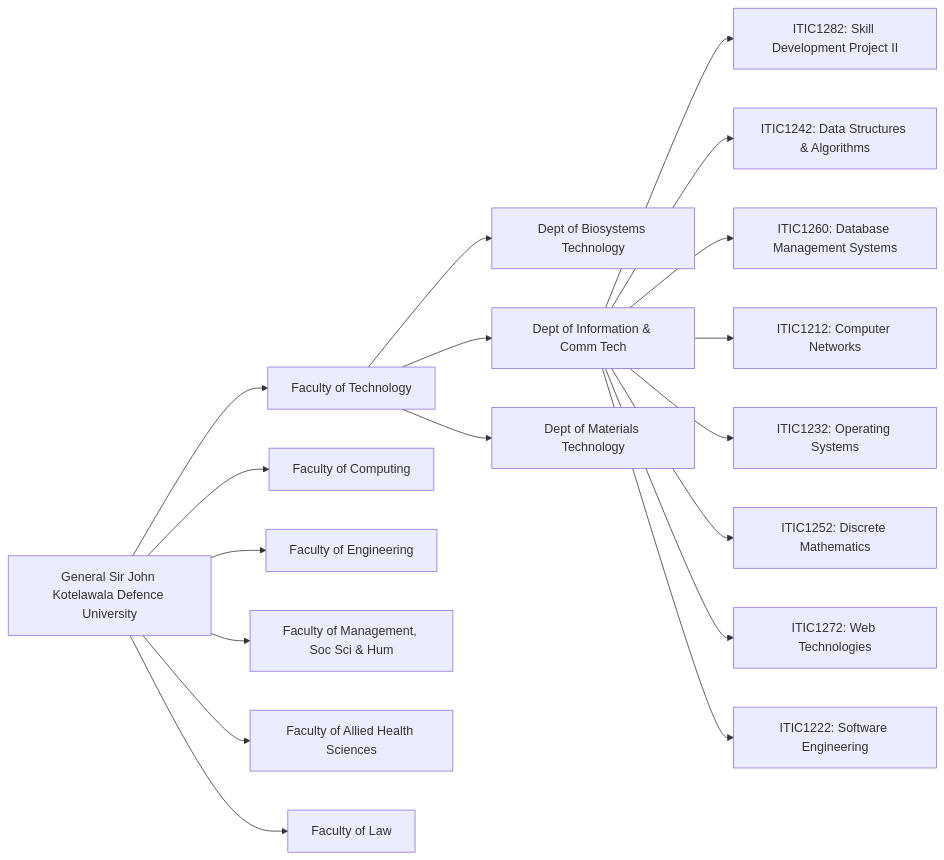
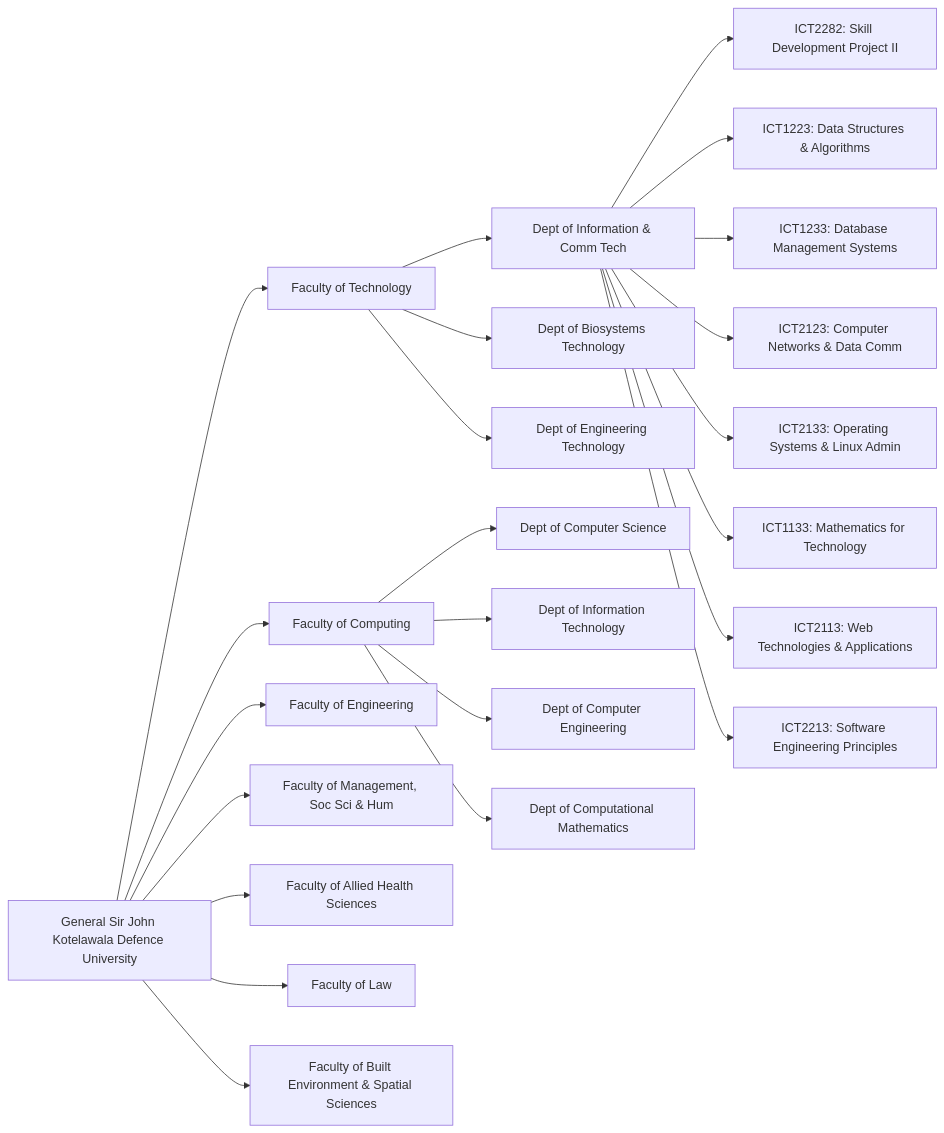
Before and after one commit to hirushadewminabandara/kdu-study-finder: the first of 3 diagrams in README.md, drawn with Mermaid. The commit also changed other lines of this file and 2 other files, not shown here.

Commit message:
Update verified KDU catalog (7 faculties, 25 depts), fix README with DICT, Google OAuth docs, Supabase setup

````diff
--- a/README.md
+++ b/README.md
@@ -321,22 +321,28 @@
 ```mermaid
 graph LR
     KDU[General Sir John Kotelawala Defence University] --> FOT[Faculty of Technology]
     KDU --> FOC[Faculty of Computing]
     KDU --> FOE[Faculty of Engineering]
     KDU --> FMSH[Faculty of Management, Soc Sci & Hum]
     KDU --> FAHS[Faculty of Allied Health Sciences]
     KDU --> FOL[Faculty of Law]
+    KDU --> FBESS[Faculty of Built Environment & Spatial Sciences]
 
-    FOT --> BST[Dept of Biosystems Technology]
-    FOT --> ICT[Dept of Information & Comm Tech]
-    FOT --> MT[Dept of Materials Technology]
+    FOT --> DICT[Dept of Information & Comm Tech]
+    FOT --> DBST[Dept of Biosystems Technology]
+    FOT --> DET[Dept of Engineering Technology]
 
-    ICT --> M1[ITIC1282: Skill Development Project II]
-    ICT --> M2[ITIC1242: Data Structures & Algorithms]
-    ICT --> M3[ITIC1260: Database Management Systems]
-    ICT --> M4[ITIC1212: Computer Networks]
-    ICT --> M5[ITIC1232: Operating Systems]
-    ICT --> M6[ITIC1252: Discrete Mathematics]
-    ICT --> M7[ITIC1272: Web Technologies]
-    ICT --> M8[ITIC1222: Software Engineering]
+    FOC --> DCS[Dept of Computer Science]
+    FOC --> DIT[Dept of Information Technology]
+    FOC --> DCE[Dept of Computer Engineering]
+    FOC --> DCM[Dept of Computational Mathematics]
+
+    DICT --> M1[ICT2282: Skill Development Project II]
+    DICT --> M2[ICT1223: Data Structures & Algorithms]
+    DICT --> M3[ICT1233: Database Management Systems]
+    DICT --> M4[ICT2123: Computer Networks & Data Comm]
+    DICT --> M5[ICT2133: Operating Systems & Linux Admin]
+    DICT --> M6[ICT1133: Mathematics for Technology]
+    DICT --> M7[ICT2113: Web Technologies & Applications]
+    DICT --> M8[ICT2213: Software Engineering Principles]
 ```
````
